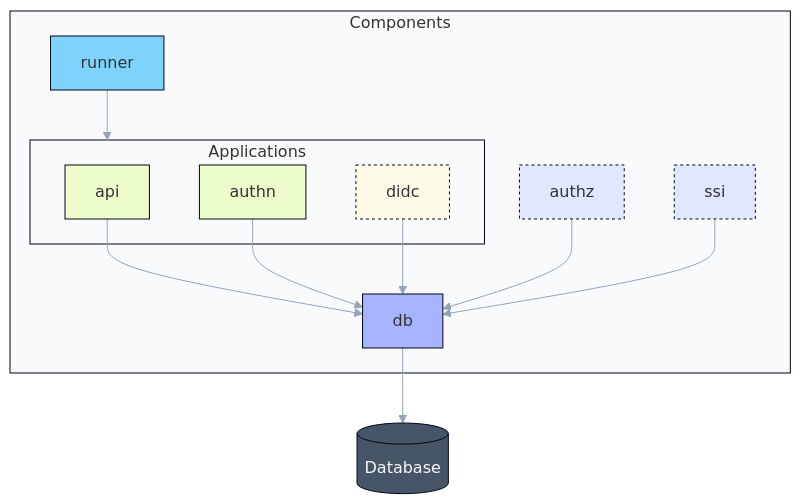
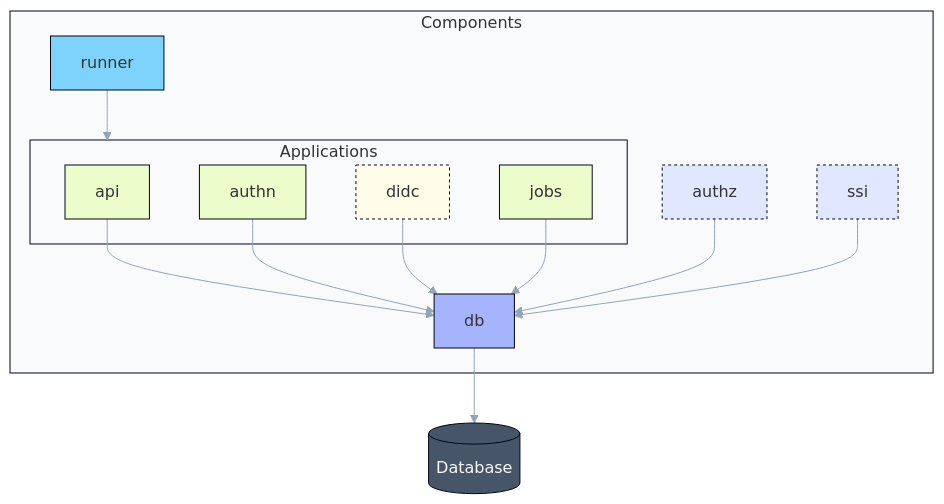
The diagram in docs/development/overview/platform-architecture.mdx (mist-id/mist), drawn with Mermaid before and after one commit. The commit also changed other lines of this file and 29 other files, not shown here.

First line of the commit message:
feat(authn,jobs): use worker queue for webhooks (#82)

````diff
--- a/docs/development/overview/platform-architecture.mdx
+++ b/docs/development/overview/platform-architecture.mdx
@@ -8,47 +8,49 @@
 ```mermaid
 %%{
   init: {
     'themeVariables': {
       'lineColor': '#94a3b8'
     }
   }
 }%%
 
 graph TD
   subgraph components[Components]
     subgraph apps[Applications]
       api
       authn
       didc
+      jobs
     end
 
     authz
     runner
     ssi
     db
   end
 
   runner --> apps
   api --> db
   authz --> db
   authn --> db
   ssi --> db
   didc --> db
+  jobs --> db
   db --> database[(Database)]
 
   classDef group fill:#f8fafc,stroke:#020617;
   classDef runner fill:#7dd3fc,stroke:#020617;
   classDef app-current fill:#ecfccb,stroke:#020617;
   classDef app-future fill:#fefce8,stroke:#020617,stroke-dasharray:3;
   classDef component-current fill:#a5b4fc,stroke:#020617;
   classDef component-future fill:#e0e7ff,stroke:#020617,stroke-dasharray:3;
   classDef database fill:#475569,stroke:#020617,color:#f8fafc;
 
   class components,apps group;
   class runner runner;
-  class api,authn app-current;
+  class api,authn,jobs app-current;
   class didc app-future;
   class db component-current;
   class authz,ssi component-future;
   class database database;
 ```
````
